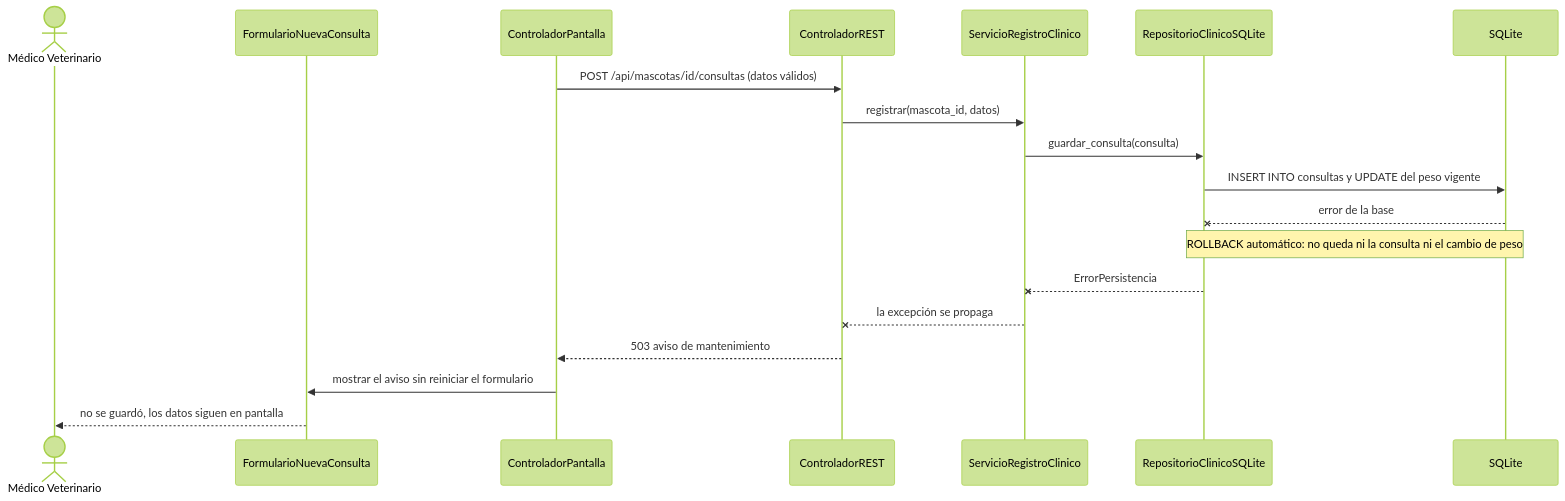
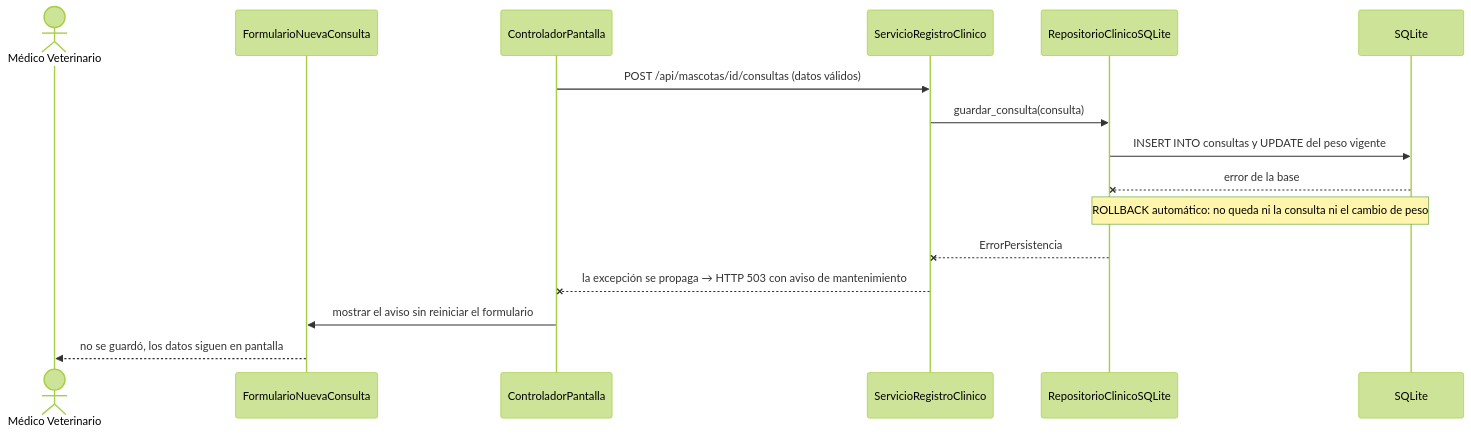
Before and after one commit to DinoMondino/sistema-gestion-veterinaria-2026: the fifth of 6 diagrams in docs/design/diseno-detallado.md, drawn with Mermaid (forest theme). The commit also changed other lines of this file, not shown here.

````diff
--- a/docs/design/diseno-detallado.md
+++ b/docs/design/diseno-detallado.md
@@ -282,22 +348,19 @@
 ```mermaid
 sequenceDiagram
     actor Vet as Médico Veterinario
     participant UI as FormularioNuevaConsulta
     participant CP as ControladorPantalla
-    participant REST as ControladorREST
     participant SRV as ServicioRegistroClinico
     participant REPO as RepositorioClinicoSQLite
     participant DB as SQLite
 
-    CP->>REST: POST /api/mascotas/id/consultas (datos válidos)
-    REST->>SRV: registrar(mascota_id, datos)
+    CP->>SRV: POST /api/mascotas/id/consultas (datos válidos)
     SRV->>REPO: guardar_consulta(consulta)
     REPO->>DB: INSERT INTO consultas y UPDATE del peso vigente
     DB--xREPO: error de la base
     Note over REPO,DB: ROLLBACK automático: no queda ni la consulta ni el cambio de peso
     REPO--xSRV: ErrorPersistencia
-    SRV--xREST: la excepción se propaga
-    REST-->>CP: 503 aviso de mantenimiento
+    SRV--xCP: la excepción se propaga → HTTP 503 con aviso de mantenimiento
     CP->>UI: mostrar el aviso sin reiniciar el formulario
     UI-->>Vet: no se guardó, los datos siguen en pantalla
 ```
````
